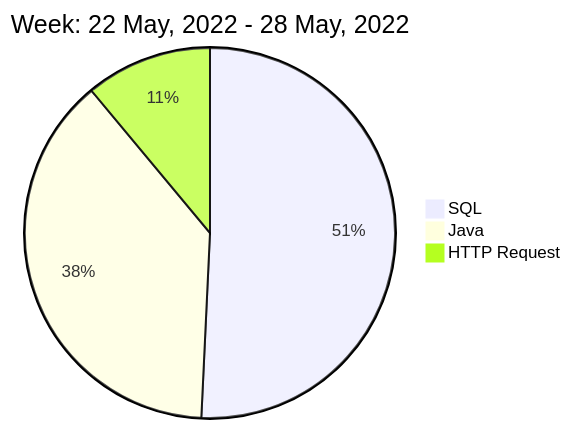
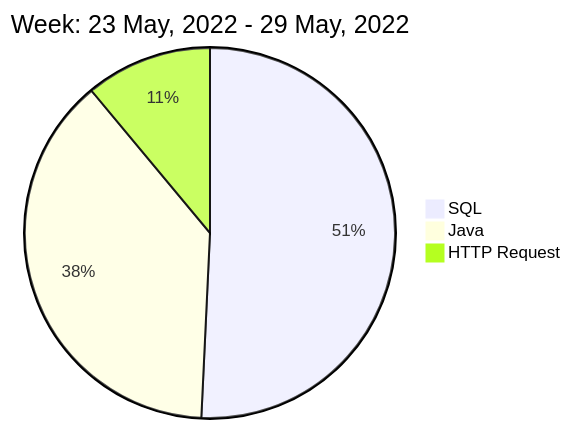
The diagram in README.md (liubin95/liubin95), drawn with Mermaid before and after one commit.

Commit message:
Updated the Graph with new Metrics

````diff
--- a/README.md
+++ b/README.md
@@ -40,7 +40,7 @@
 ```mermaid
  pie
-title Week: 22 May, 2022 - 28 May, 2022
+title Week: 23 May, 2022 - 29 May, 2022
  "SQL" : 9.87
  "Java" : 7.43
  "HTTP Request" : 2.15
 ```
````
